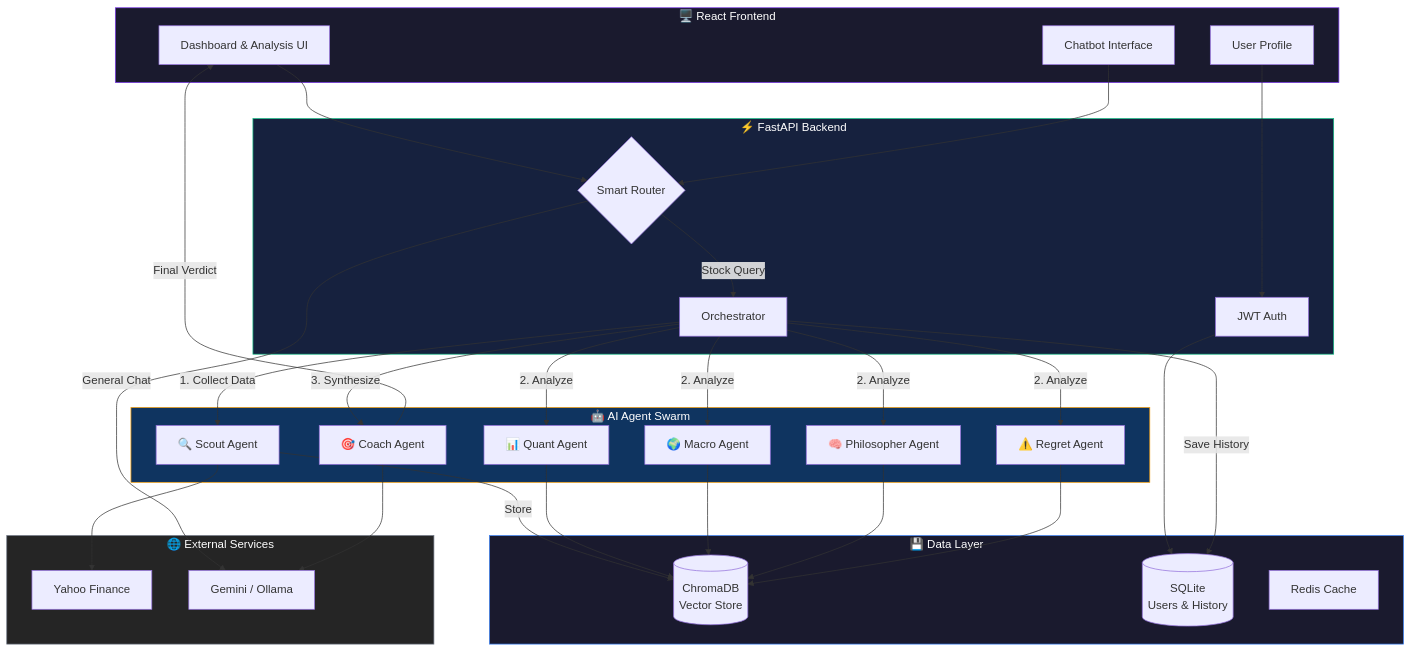
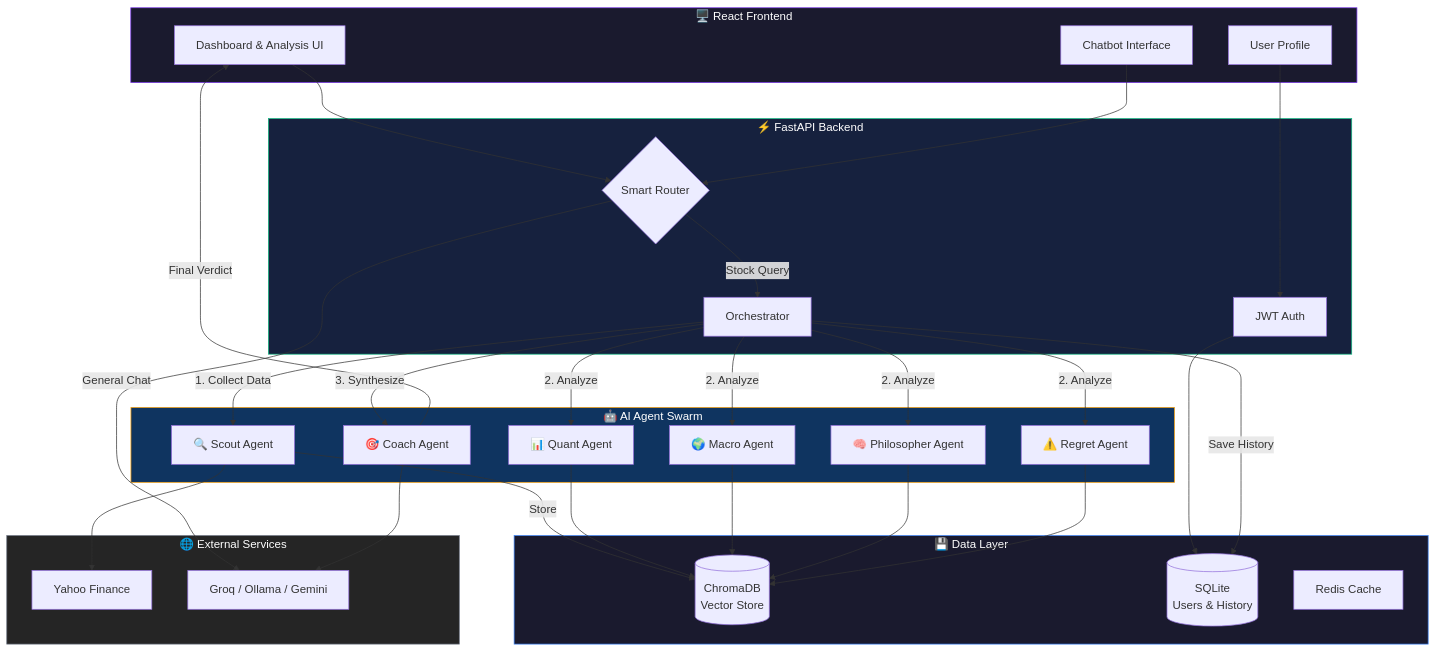
The first of 4 diagrams in docs/ARCHITECTURE.md (Pruthvi3715/VOIS-ELIDA), drawn with Mermaid before and after one commit. The commit also changed other lines of this file and 126 other files, not shown here.

````diff
--- a/docs/ARCHITECTURE.md
+++ b/docs/ARCHITECTURE.md
@@ -16,68 +16,68 @@
 ```mermaid
 flowchart TB
     subgraph Frontend["🖥️ React Frontend"]
         UI[Dashboard & Analysis UI]
         Chat[Chatbot Interface]
         Profile[User Profile]
     end
 
     subgraph API["⚡ FastAPI Backend"]
         Router{Smart Router}
         Auth[JWT Auth]
         Orch[Orchestrator]
     end
 
     subgraph Agents["🤖 AI Agent Swarm"]
         Scout[🔍 Scout Agent]
         Quant[📊 Quant Agent]
         Macro[🌍 Macro Agent]
         Phil[🧠 Philosopher Agent]
         Regret[⚠️ Regret Agent]
         Coach[🎯 Coach Agent]
     end
 
     subgraph Data["💾 Data Layer"]
         RAG[(ChromaDB<br/>Vector Store)]
         DB[(SQLite<br/>Users & History)]
         Cache[Redis Cache]
     end
 
     subgraph External["🌐 External Services"]
         Yahoo[Yahoo Finance]
-        LLM[Gemini / Ollama]
+        LLM[Groq / Ollama / Gemini]
     end
 
     UI --> Router
     Chat --> Router
     Profile --> Auth
     
     Router -->|Stock Query| Orch
     Router -->|General Chat| LLM
     
     Orch -->|1. Collect Data| Scout
     Scout --> Yahoo
     Scout -->|Store| RAG
     
     Orch -->|2. Analyze| Quant
     Orch -->|2. Analyze| Macro
     Orch -->|2. Analyze| Phil
     Orch -->|2. Analyze| Regret
     
     Quant --> RAG
     Macro --> RAG
     Phil --> RAG
     Regret --> RAG
     
     Orch -->|3. Synthesize| Coach
     Coach --> LLM
     Coach -->|Final Verdict| UI
     
     Auth --> DB
     Orch -->|Save History| DB
 
     style Frontend fill:#1a1a2e,stroke:#7c3aed,color:#fff
     style API fill:#16213e,stroke:#10b981,color:#fff
     style Agents fill:#0f3460,stroke:#f59e0b,color:#fff
     style Data fill:#1a1a2e,stroke:#3b82f6,color:#fff
     style External fill:#252525,stroke:#6b7280,color:#fff
 ```
````
